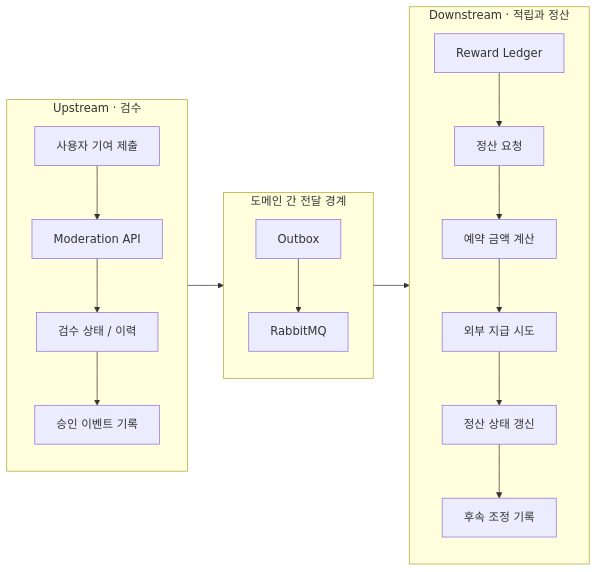
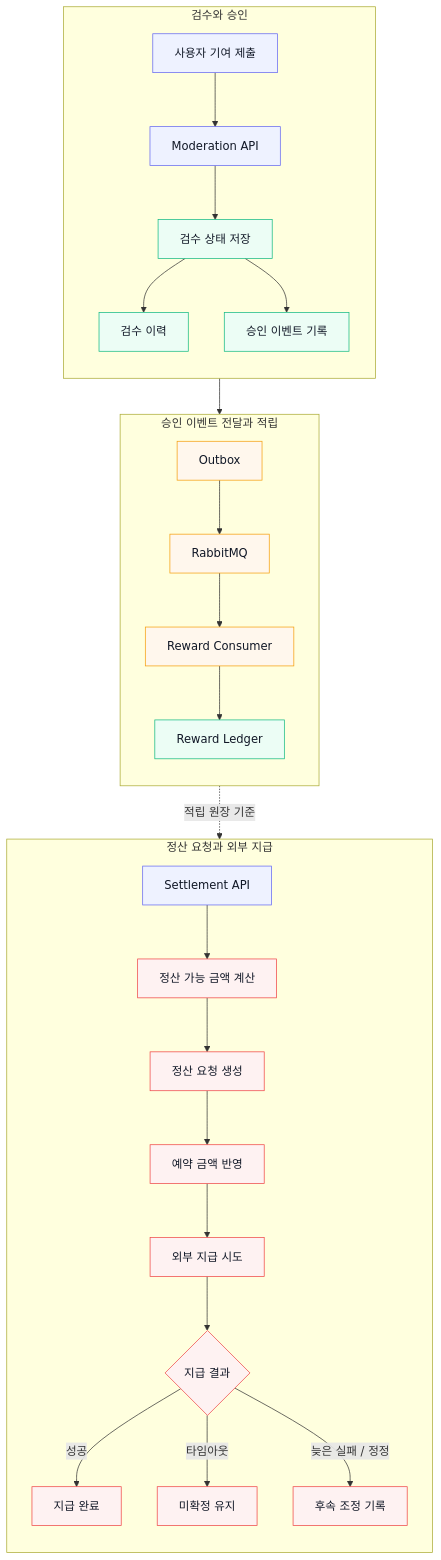
One commit to joohyeongzz81/hipster changed the second of 2 diagrams in README.md. Above: the diagram before and after it, drawn with Mermaid. The commit also changed other lines of this file, not shown here.

````diff
--- a/README.md
+++ b/README.md
@@ -59,32 +70,41 @@
 ```mermaid
-flowchart LR
-    subgraph Upstream[Upstream · 검수]
-        direction TB
-        A[사용자 기여 제출]
-        B[Moderation API]
-        C[검수 상태 / 이력]
-        D[승인 이벤트 기록]
-        A --> B --> C --> D
+flowchart TD
+    subgraph ModerationFlow["검수와 승인"]
+        direction TD
+        A[사용자 기여 제출] --> B[Moderation API]
+        B --> C[검수 상태 저장]
+        C --> D[검수 이력]
+        C --> E[승인 이벤트 기록]
     end
 
-    subgraph Bridge[도메인 간 전달 경계]
-        direction TB
-        E[Outbox]
-        F[RabbitMQ]
-        E --> F
+    subgraph RewardFlow["승인 이벤트 전달과 적립"]
+        direction TD
+        E --> F[Outbox]
+        F --> G[RabbitMQ]
+        G --> H[Reward Consumer]
+        H --> I[Reward Ledger]
     end
 
-    subgraph Downstream[Downstream · 적립과 정산]
-        direction TB
-        G[Reward Ledger]
-        H[정산 요청]
-        I[예약 금액 계산]
-        J[외부 지급 시도]
-        K[정산 상태 갱신]
-        L[후속 조정 기록]
-        G --> H --> I --> J --> K --> L
+    subgraph SettlementFlow["정산 요청과 외부 지급"]
+        direction TD
+        J[Settlement API] --> K[정산 가능 금액 계산]
+        I -. 적립 원장 기준 .-> K
+        K --> L[정산 요청 생성]
+        L --> M[예약 금액 반영]
+        M --> N[외부 지급 시도]
+        N --> O{지급 결과}
+        O -->|성공| P[지급 완료]
+        O -->|타임아웃| Q[미확정 유지]
+        O -->|늦은 실패 / 정정| R[후속 조정 기록]
     end
 
-    D --> E
-    F --> G
+    classDef api fill:#eef2ff,stroke:#6366f1,color:#111827;
+    classDef store fill:#ecfdf5,stroke:#10b981,color:#111827;
+    classDef async fill:#fff7ed,stroke:#f59e0b,color:#111827;
+    classDef state fill:#fef2f2,stroke:#ef4444,color:#111827;
+
+    class A,B,J api;
+    class C,D,E,I store;
+    class F,G,H async;
+    class K,L,M,N,O,P,Q,R state;
 ```
````
